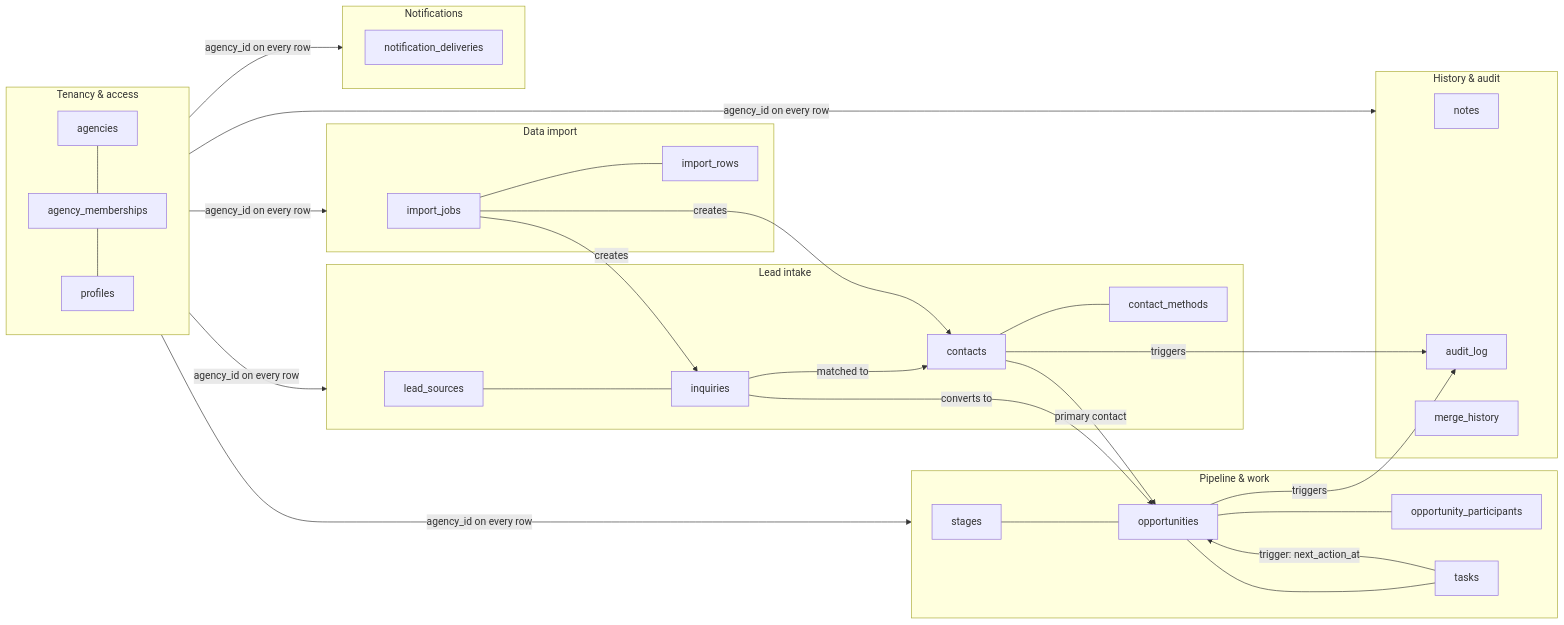
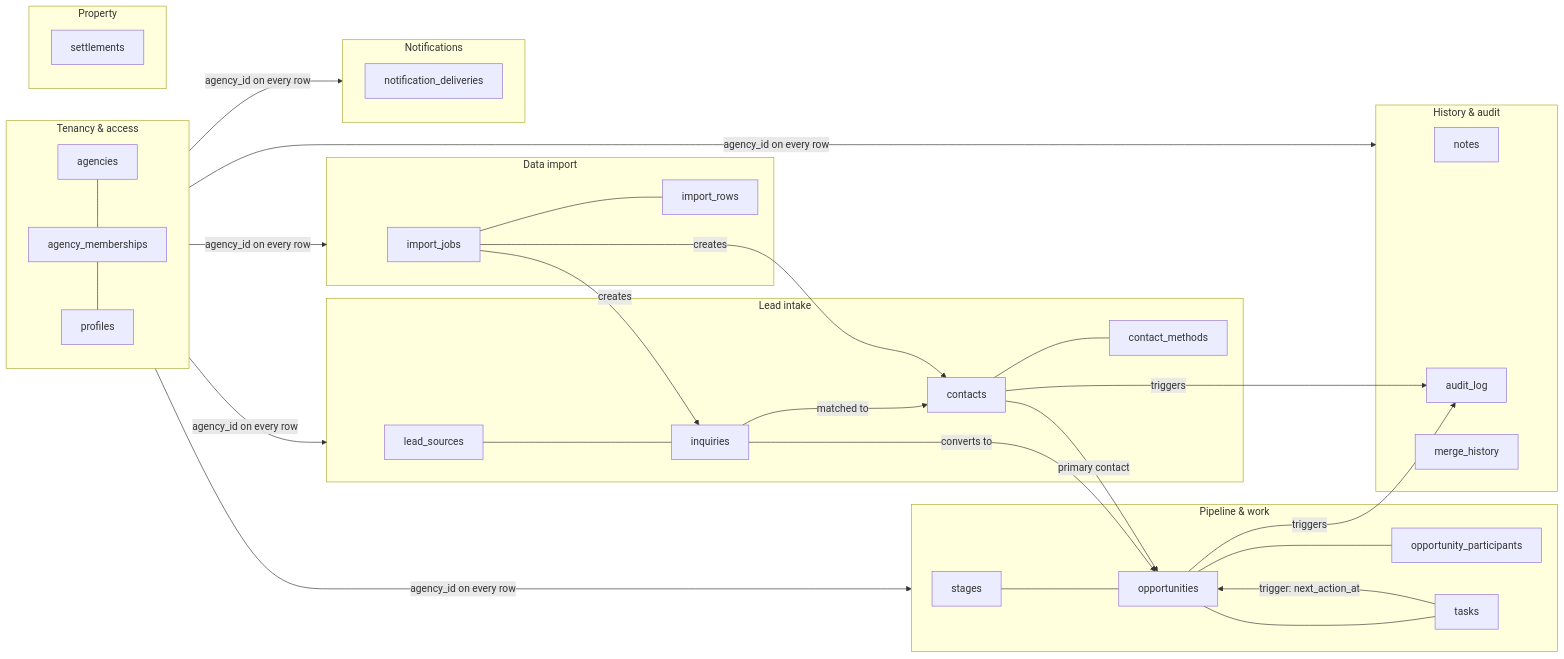
One commit to dreaminglory/retail_broker_CRM changed the first of 13 diagrams in docs/domain-model.md. Above: the diagram before and after it, drawn with Mermaid. The commit also changed other lines of this file and 8 other files, not shown here.

````diff
--- a/docs/domain-model.md
+++ b/docs/domain-model.md
@@ -30,33 +30,36 @@
 ```mermaid
 flowchart LR
   subgraph T[Tenancy & access]
     agencies --- agency_memberships --- profiles
   end
   subgraph I[Lead intake]
     lead_sources --- inquiries
     contacts --- contact_methods
   end
   subgraph P[Pipeline & work]
     stages --- opportunities --- opportunity_participants
     opportunities --- tasks
   end
   subgraph H[History & audit]
     notes
     audit_log
     merge_history
   end
   subgraph M[Data import]
     import_jobs --- import_rows
   end
+  subgraph R[Property]
+    settlements
+  end
   subgraph N[Notifications]
     notification_deliveries
   end
 
   T -->|agency_id on every row| I & P & H & M & N
   inquiries -->|converts to| opportunities
   inquiries -->|matched to| contacts
   contacts -->|primary contact| opportunities
   import_jobs -->|creates| contacts & inquiries
   tasks -->|trigger: next_action_at| opportunities
   opportunities & contacts -->|triggers| audit_log
 ```
````
